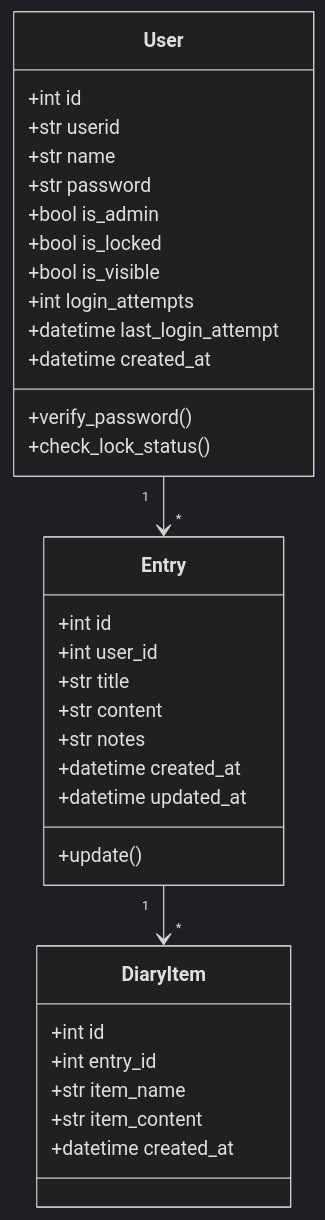
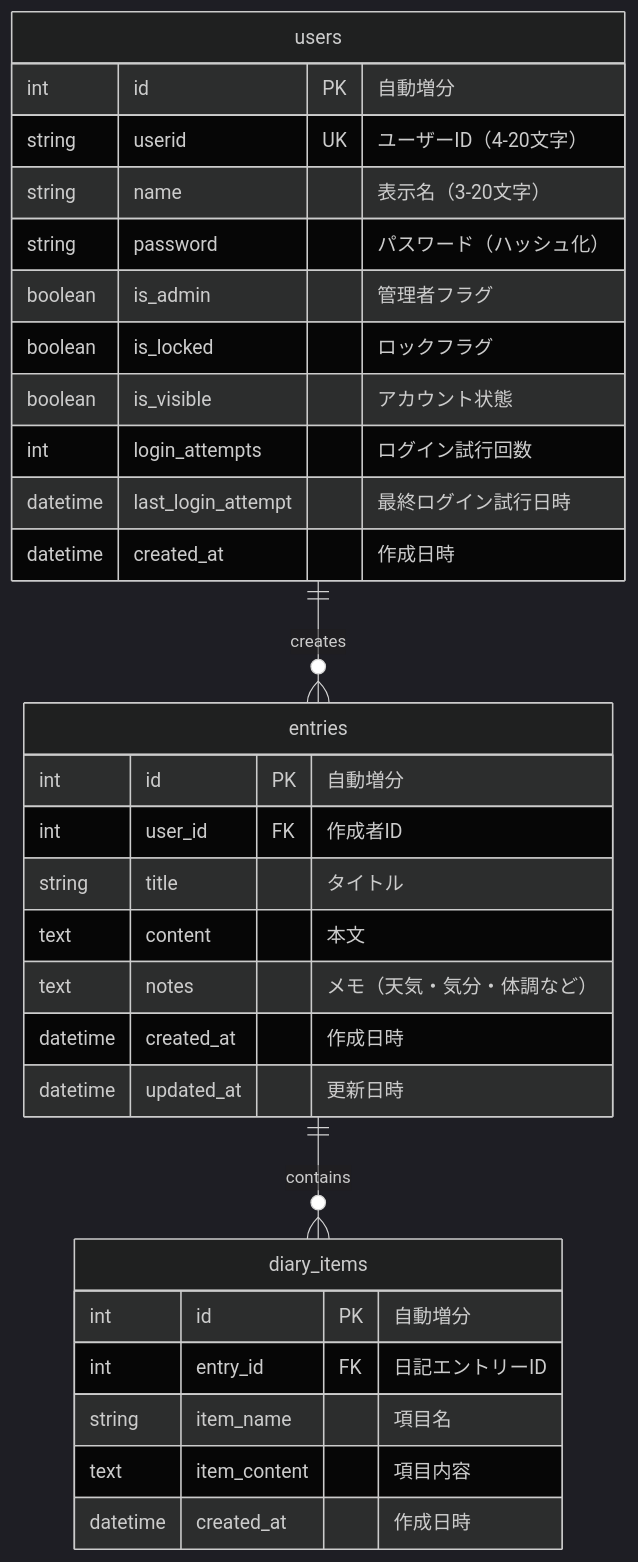
One commit to sougetuOte/LifeLog changed the seventh of 11 diagrams in docs/diagrams_ja.md. Above: the diagram before and after it, drawn with Mermaid (dark theme). The commit also changed other lines of this file and 6 other files, not shown here.

````diff
--- a/docs/diagrams_ja.md
+++ b/docs/diagrams_ja.md
@@ -42,39 +229,36 @@
 ```mermaid
-classDiagram
-    class User {
-        +int id
-        +str userid
-        +str name
-        +str password
-        +bool is_admin
-        +bool is_locked
-        +bool is_visible
-        +int login_attempts
-        +datetime last_login_attempt
-        +datetime created_at
-        +verify_password()
-        +check_lock_status()
+erDiagram
+    users {
+        int id PK "自動増分"
+        string userid UK "ユーザーID（4-20文字）"
+        string name "表示名（3-20文字）"
+        string password "パスワード（ハッシュ化）"
+        boolean is_admin "管理者フラグ"
+        boolean is_locked "ロックフラグ"
+        boolean is_visible "アカウント状態"
+        int login_attempts "ログイン試行回数"
+        datetime last_login_attempt "最終ログイン試行日時"
+        datetime created_at "作成日時"
     }
-    
-    class Entry {
-        +int id
-        +int user_id
-        +str title
-        +str content
-        +str notes
-        +datetime created_at
-        +datetime updated_at
-        +update()
+
+    entries {
+        int id PK "自動増分"
+        int user_id FK "作成者ID"
+        string title "タイトル"
+        text content "本文"
+        text notes "メモ（天気・気分・体調など）"
+        datetime created_at "作成日時"
+        datetime updated_at "更新日時"
     }
-    
-    class DiaryItem {
-        +int id
-        +int entry_id
-        +str item_name
-        +str item_content
-        +datetime created_at
+
+    diary_items {
+        int id PK "自動増分"
+        int entry_id FK "日記エントリーID"
+        string item_name "項目名"
+        text item_content "項目内容"
+        datetime created_at "作成日時"
     }
-    
-    User "1" --> "*" Entry
-    Entry "1" --> "*" DiaryItem
+
+    users ||--o{ entries : "creates"
+    entries ||--o{ diary_items : "contains"
 ```
````
